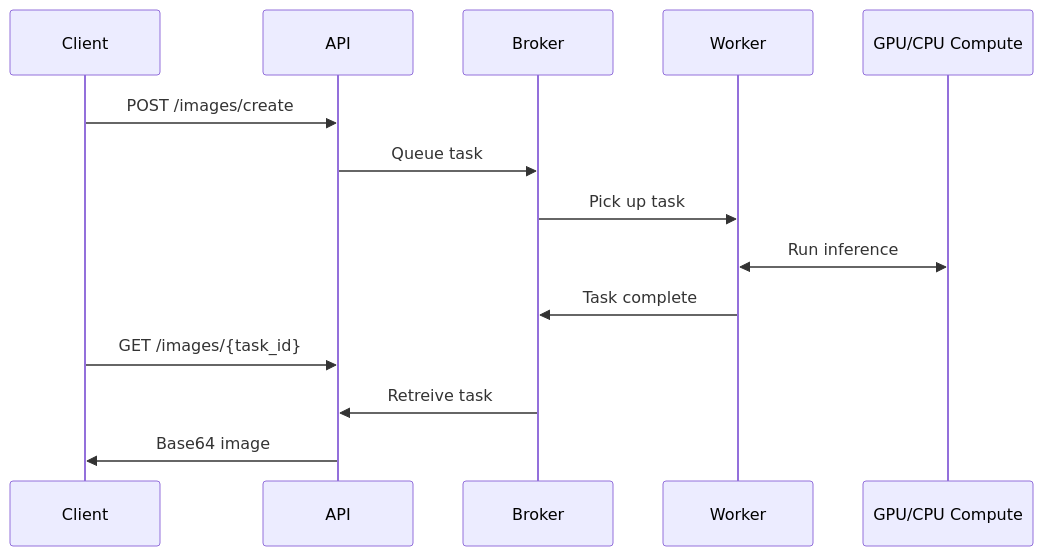
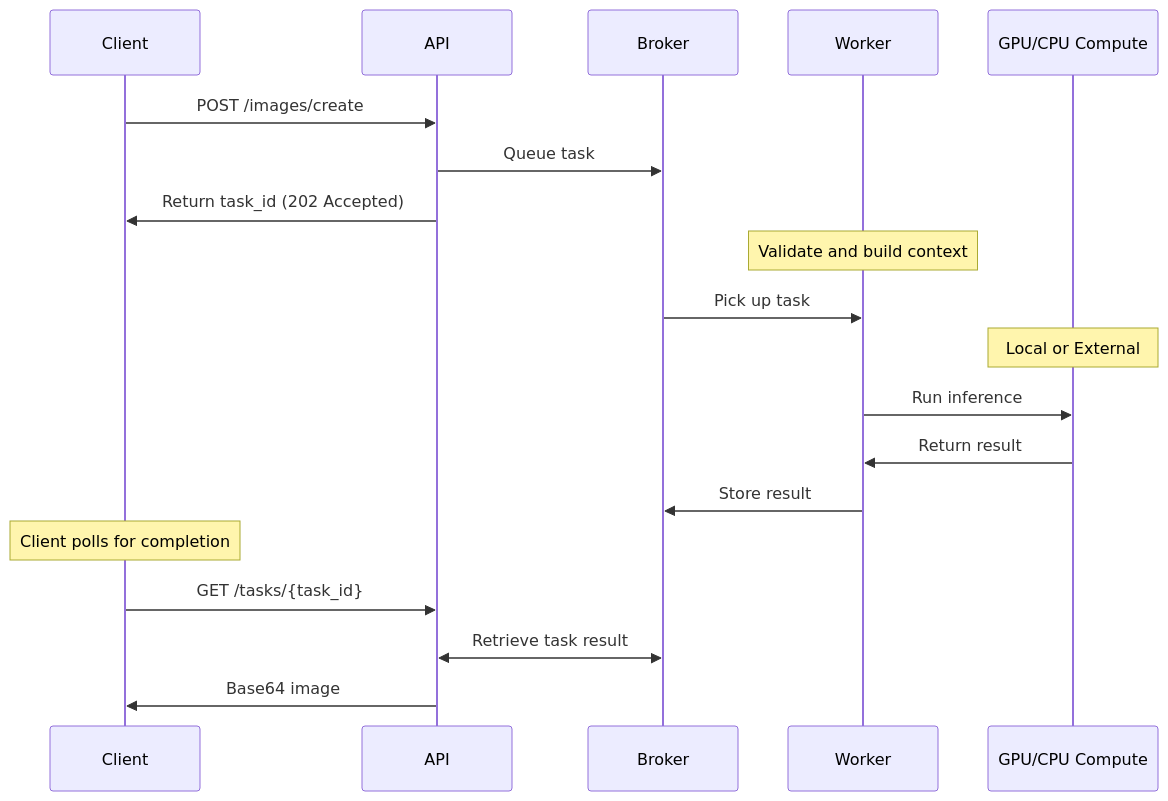
One commit to JoeGaffney/deferred-diffusion changed the diagram in README.md. Above: the diagram before and after it, drawn with Mermaid.

````diff
--- a/README.md
+++ b/README.md
@@ -18,17 +18,23 @@
 ```mermaid
 sequenceDiagram
     participant Client
     participant API
     participant Broker
     participant Worker
     participant Compute as GPU/CPU Compute
 
     Client->>API: POST /images/create
     API->>Broker: Queue task
+    API->>Client: Return task_id (202 Accepted)
+    Note over Worker: Validate and build context
     Broker->>Worker: Pick up task
-    Worker<<->>Compute: Run inference
-    Worker->>Broker: Task complete
-    Client->>API: GET /images/{task_id}
-    Broker->>API: Retreive task
+    Note over Compute: Local or External
+    Worker->>Compute: Run inference
+    Compute->>Worker: Return result
+    Worker->>Broker: Store result
+
+    Note over Client: Client polls for completion
+    Client->>API: GET /tasks/{task_id}
+    API<<->>Broker: Retrieve task result
     API->>Client: Base64 image
 ```
````
